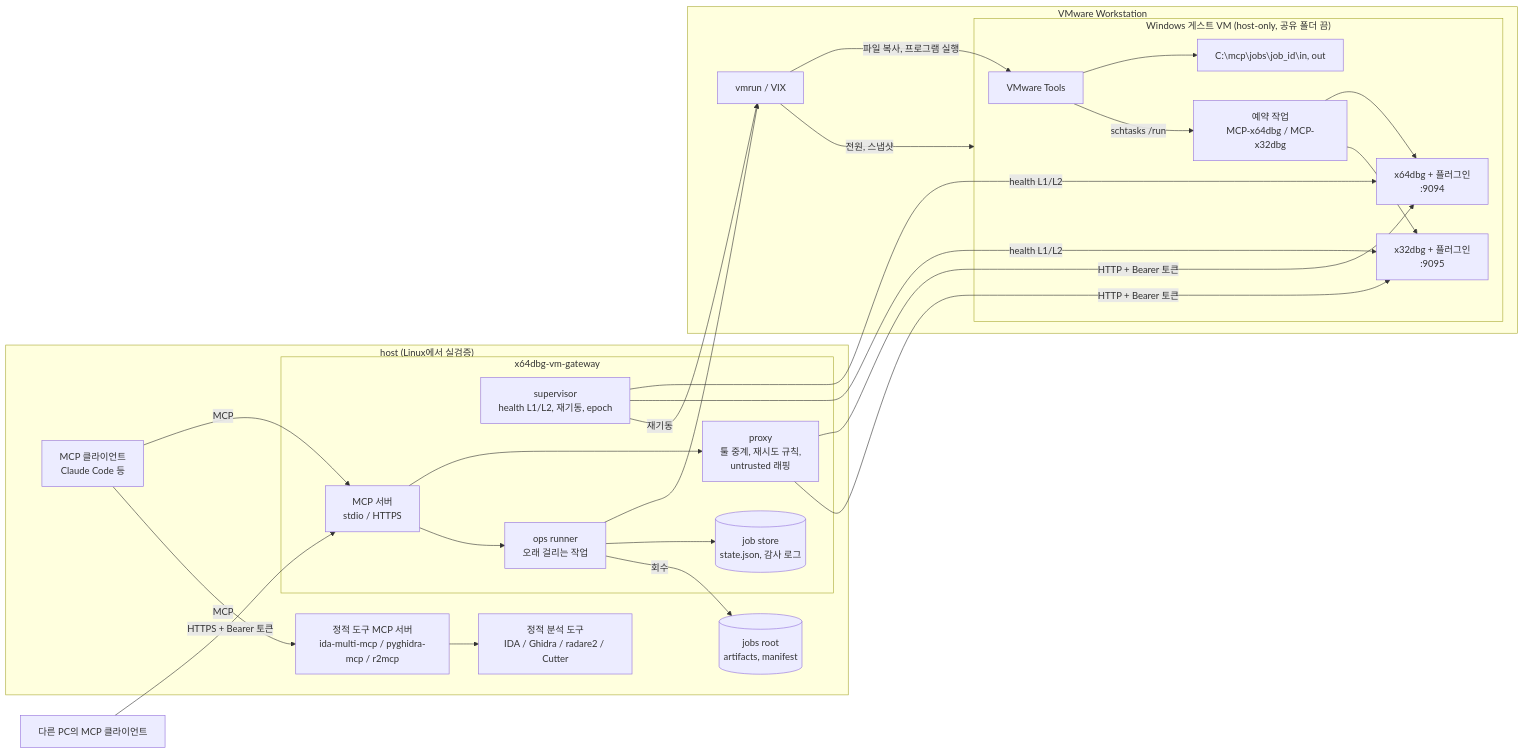
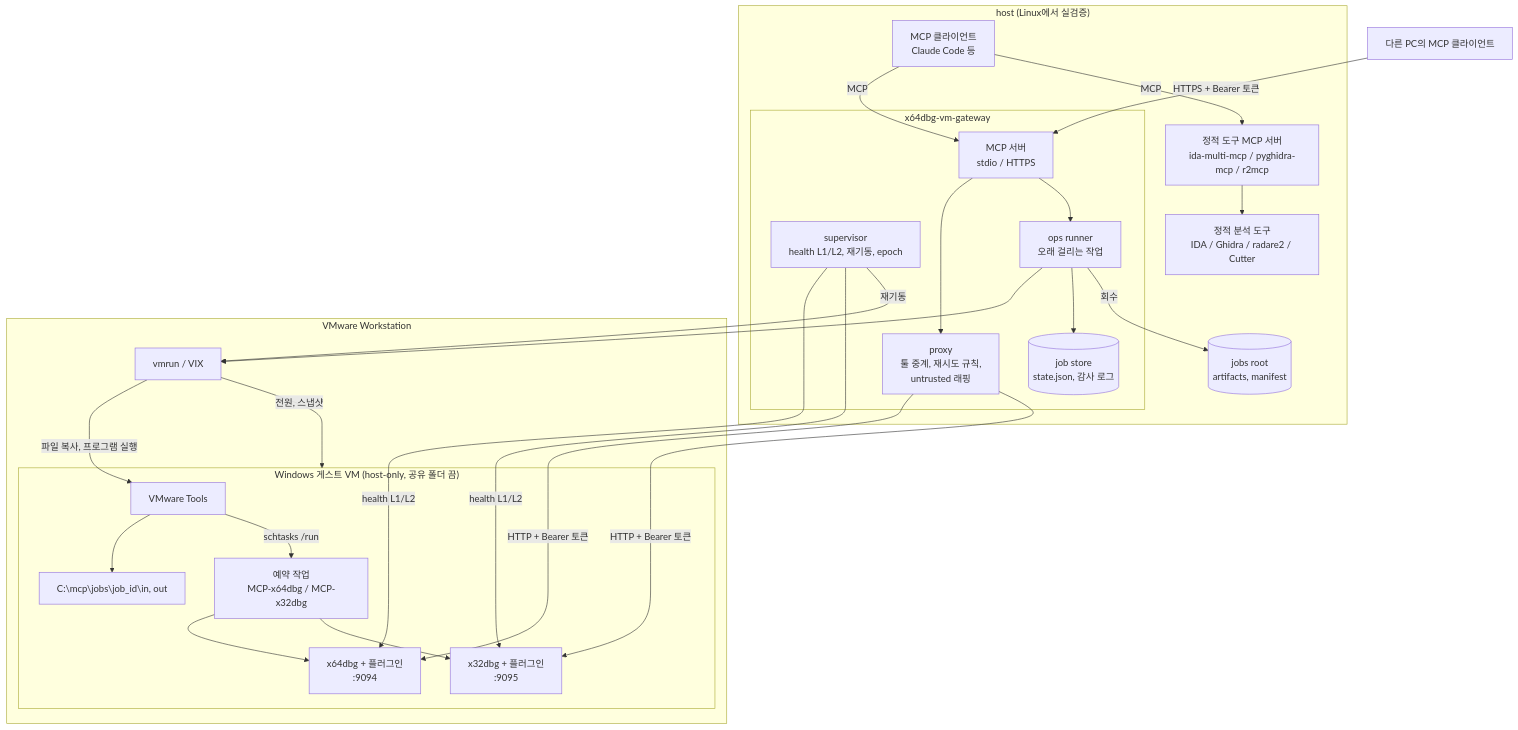
One commit to saweol/x64dbg-mcp-server changed the first of 8 diagrams in README.md. Above: the diagram before and after it, drawn with Mermaid.

Commit message:
docs(readme): lay the component diagram out top to bottom so it stays readable

````diff
--- a/README.md
+++ b/README.md
@@ -302,48 +302,48 @@
 ```mermaid
-flowchart LR
+flowchart TB
     subgraph HOST["host (Linux에서 실검증)"]
         CC["MCP 클라이언트<br/>Claude Code 등"]
         subgraph GW["x64dbg-vm-gateway"]
             MCP["MCP 서버<br/>stdio / HTTPS"]
             PROXY["proxy<br/>툴 중계, 재시도 규칙,<br/>untrusted 래핑"]
             SUP["supervisor<br/>health L1/L2, 재기동, epoch"]
             OPS["ops runner<br/>오래 걸리는 작업"]
             JOBS[("job store<br/>state.json, 감사 로그")]
         end
         SMCP["정적 도구 MCP 서버<br/>ida-multi-mcp / pyghidra-mcp / r2mcp"]
         STATIC["정적 분석 도구<br/>IDA / Ghidra / radare2 / Cutter"]
         ART[("jobs root<br/>artifacts, manifest")]
     end
     subgraph VMW["VMware Workstation"]
         VMRUN["vmrun / VIX"]
         subgraph GUEST["Windows 게스트 VM (host-only, 공유 폴더 끔)"]
             TOOLS["VMware Tools"]
             X64["x64dbg + 플러그인<br/>:9094"]
             X32["x32dbg + 플러그인<br/>:9095"]
             TASK["예약 작업<br/>MCP-x64dbg / MCP-x32dbg"]
             JDIR["C:\mcp\jobs\job_id\in, out"]
         end
     end
     REMOTE["다른 PC의 MCP 클라이언트"]
 
     CC -- "MCP" --> MCP
     REMOTE -- "HTTPS + Bearer 토큰" --> MCP
     CC -- "MCP" --> SMCP
     SMCP --> STATIC
     MCP --> PROXY
     MCP --> OPS
     PROXY -- "HTTP + Bearer 토큰" --> X64
     PROXY -- "HTTP + Bearer 토큰" --> X32
     SUP -- "health L1/L2" --> X64
     SUP -- "health L1/L2" --> X32
     OPS --> VMRUN
     SUP -- "재기동" --> VMRUN
     VMRUN -- "전원, 스냅샷" --> GUEST
     VMRUN -- "파일 복사, 프로그램 실행" --> TOOLS
     TOOLS --> JDIR
     TOOLS -- "schtasks /run" --> TASK
     TASK --> X64
     TASK --> X32
     OPS --> JOBS
     OPS -- "회수" --> ART
 ```
````
